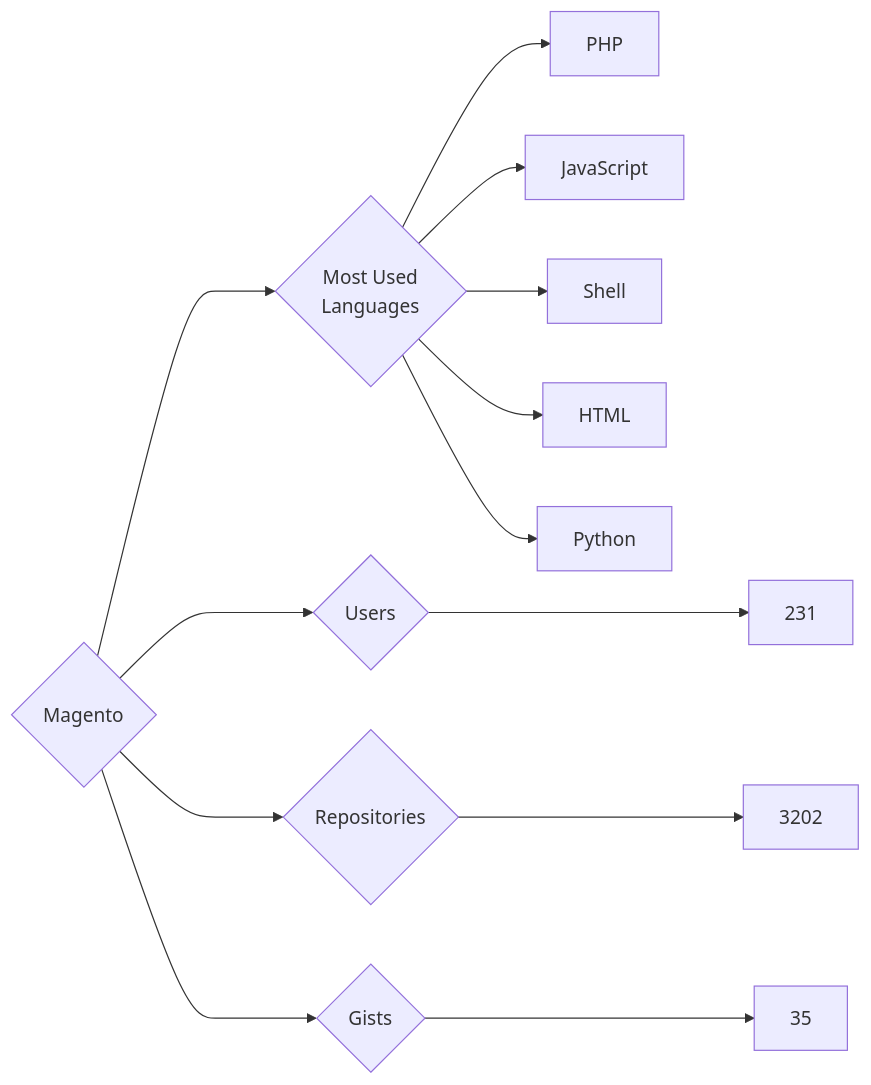
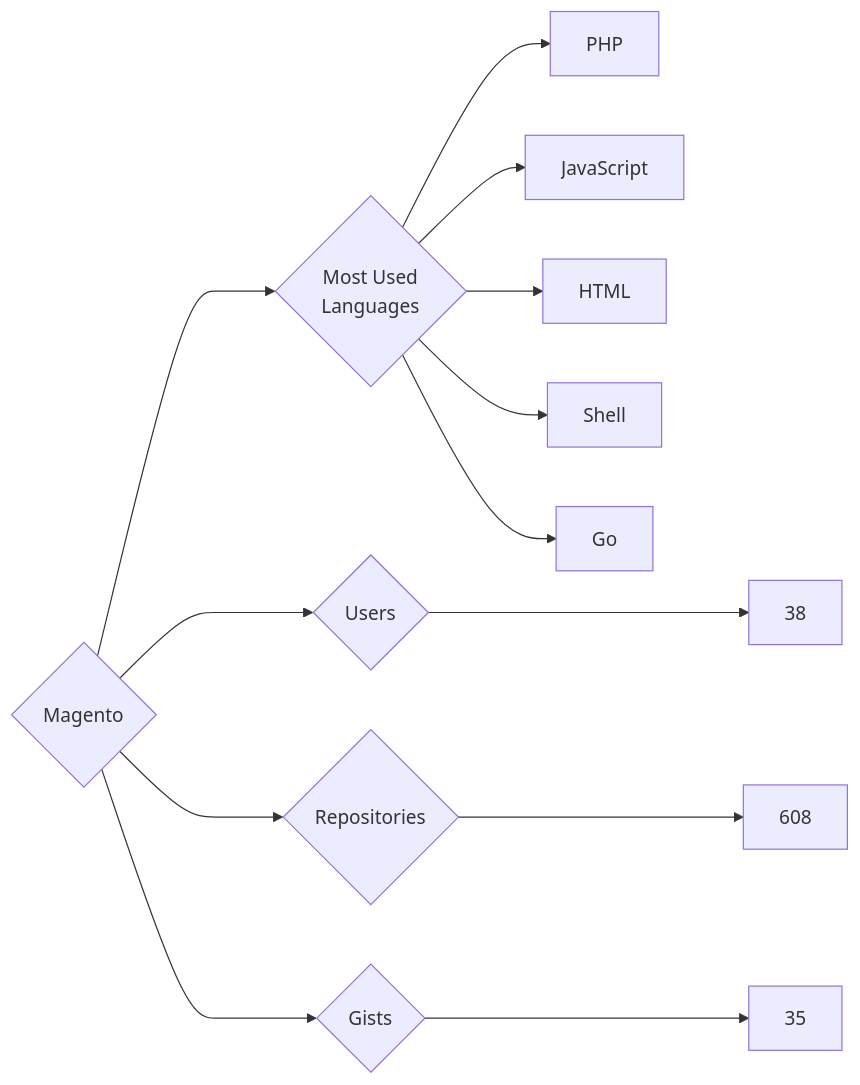
One commit to trickest/insiders changed the diagram in targets/Magento/README.md. Above: the diagram before and after it, drawn with Mermaid. The commit also changed 888 other files, not shown here.

````diff
--- a/targets/Magento/README.md
+++ b/targets/Magento/README.md
@@ -3,13 +3,13 @@
 ```mermaid
 graph LR
 COMPANY_NAME{Magento}
-COMPANY_NAME ---> U{Users} ---> UN[231]
-COMPANY_NAME ---> R{Repositories} ---> RN[3202]
+COMPANY_NAME ---> U{Users} ---> UN[38]
+COMPANY_NAME ---> R{Repositories} ---> RN[608]
 COMPANY_NAME ---> G{Gists} ---> GN[35]
 COMPANY_NAME ---> ML{Most Used<br>Languages}
 ML --> PHP[PHP]
 ML --> JavaScript[JavaScript]
+ML --> HTML[HTML]
 ML --> Shell[Shell]
-ML --> HTML[HTML]
-ML --> Python[Python]
+ML --> Go[Go]
 ```
````
